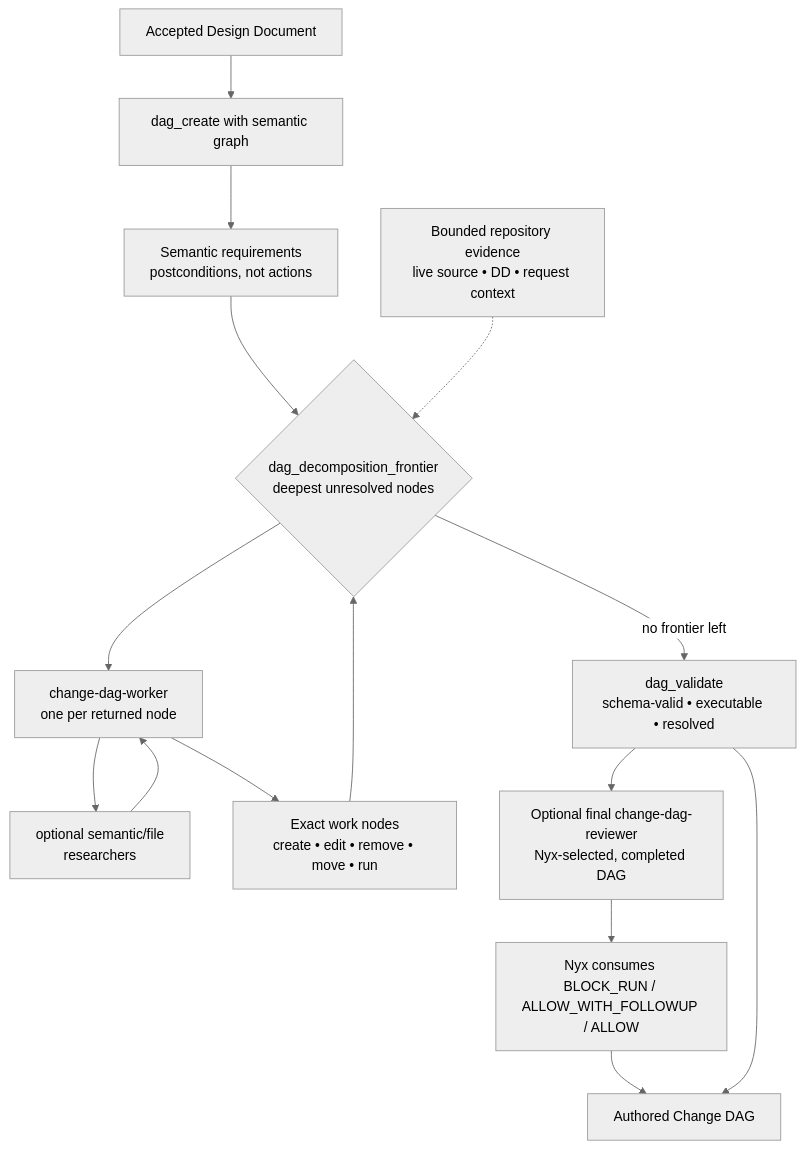
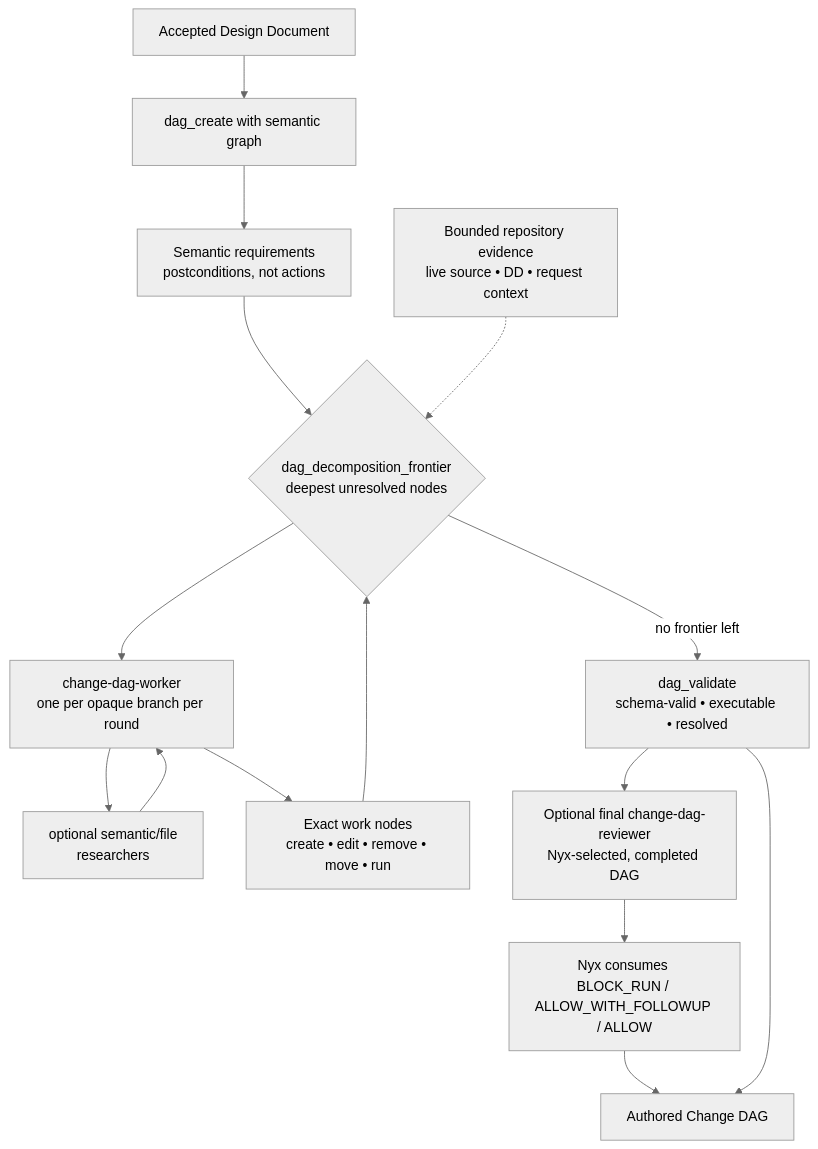
The first of 2 diagrams in docs/architecture/change-dag-lifecycle.md (xiaden/SkyScow), drawn with Mermaid (neutral theme) before and after one commit. The commit also changed other lines of this file and 12 other files, not shown here.

Commit message:
docs(change-dag): align worker dispatch contract

````diff
--- a/docs/architecture/change-dag-lifecycle.md
+++ b/docs/architecture/change-dag-lifecycle.md
@@ -16,18 +16,18 @@
 ```mermaid
 flowchart TD
     DD["Accepted Design Document"] --> S["dag_create with semantic graph"]
     S --> SEM["Semantic requirements<br/>postconditions, not actions"]
     SEM --> F{"dag_decomposition_frontier<br/>deepest unresolved nodes"}
-    F --> W["change-dag-worker<br/>one per returned node"]
+    F --> W["change-dag-worker<br/>one per opaque branch per round"]
     W --> R["optional semantic/file<br/>researchers"]
     R --> W
     W --> X["Exact work nodes<br/>create • edit • remove • move • run"]
     X --> F
     F -->|no frontier left| VAL["dag_validate<br/>schema-valid • executable • resolved"]
     VAL --> REV["Optional final change-dag-reviewer<br/>Nyx-selected, completed DAG"]
     REV --> DISP["Nyx consumes BLOCK_RUN / ALLOW_WITH_FOLLOWUP / ALLOW"]
     DISP --> AUTH["Authored Change DAG"]
     VAL --> AUTH
 
     CTX["Bounded repository evidence<br/>live source • DD • request context"] -.-> F
 ```
````
